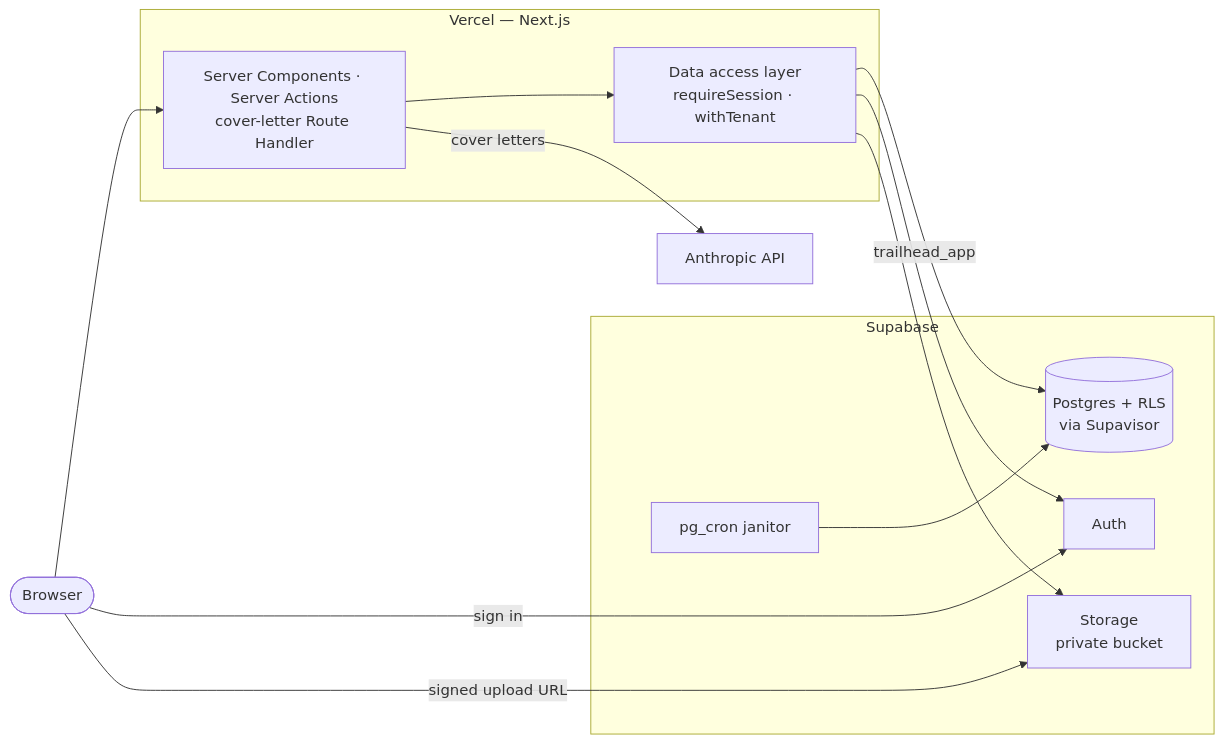
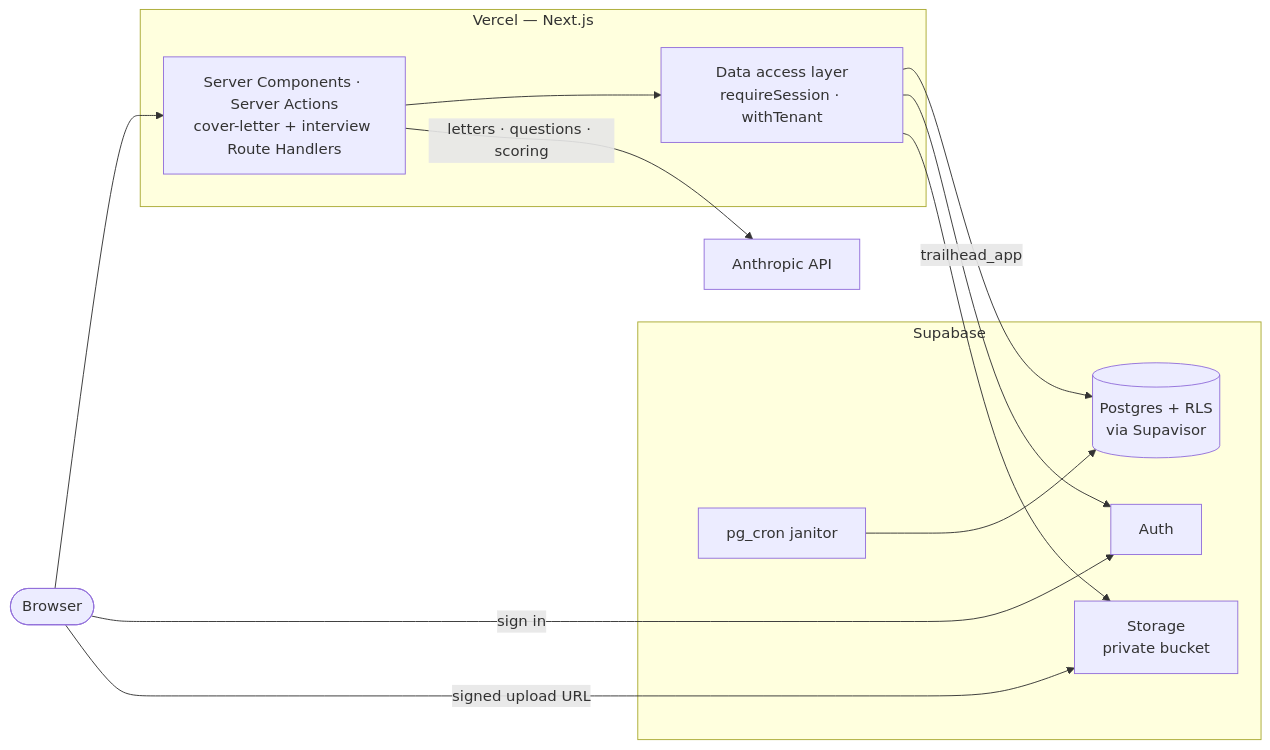
The diagram in README.md (craigblunden/trailhead), drawn with Mermaid before and after one commit. The commit also changed other lines of this file and 6 other files, not shown here.

````diff
--- a/README.md
+++ b/README.md
@@ -19,24 +57,24 @@
 ```mermaid
 flowchart LR
   browser(["Browser"])
   subgraph vercel["Vercel — Next.js"]
-    app["Server Components · Server Actions<br/>cover-letter Route Handler"]
+    app["Server Components · Server Actions<br/>cover-letter + interview Route Handlers"]
     dal["Data access layer<br/>requireSession · withTenant"]
   end
   subgraph supabase["Supabase"]
     auth["Auth"]
     pg[("Postgres + RLS<br/>via Supavisor")]
     storage["Storage<br/>private bucket"]
     cron["pg_cron janitor"]
   end
   anthropic["Anthropic API"]
 
   browser --> app --> dal
   browser -->|"sign in"| auth
   browser -->|"signed upload URL"| storage
   dal -->|"trailhead_app"| pg
   dal --> auth
   dal --> storage
-  app -->|"cover letters"| anthropic
+  app -->|"letters · questions · scoring"| anthropic
   cron --> pg
 ```
````
